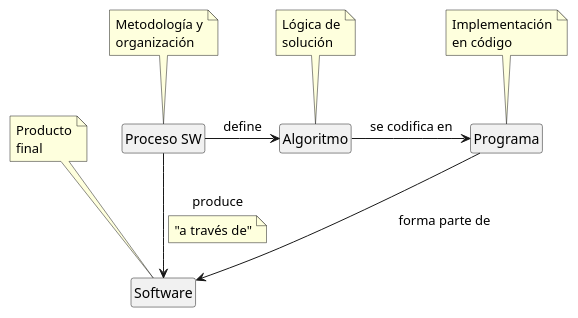
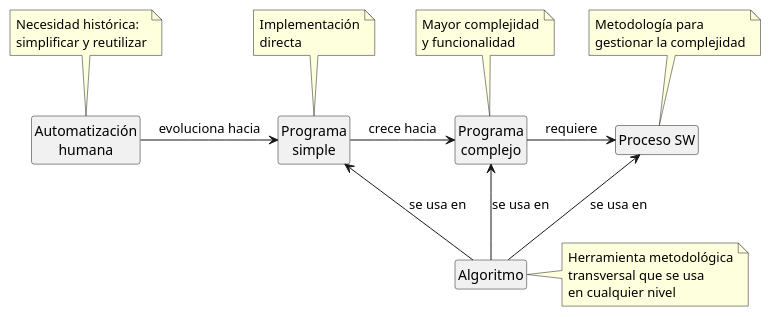
The diagram in modelosUML/herramientasDesarrollo.puml (mmasias/PRG1), drawn with PlantUML before and after one commit. The commit also changed 5 other files, not shown here.

```diff
--- a/modelosUML/herramientasDesarrollo.puml
+++ b/modelosUML/herramientasDesarrollo.puml
@@ -1,35 +1,43 @@
 hide members
 hide circle
 hide stereotypes
 
-class proceso as "Proceso SW"
+class automatizacion as "Automatización\nhumana"
+class programa as "Programa\nsimple"
+class programaComplejo as "Programa\ncomplejo"
+class procesoSW as "Proceso SW"
 class algoritmo as "Algoritmo"
-class programa as "Programa"
-class software as "Software"
 
-note top of proceso
-Metodología y
-organización
-end note
-
-note top of algoritmo
-Lógica de
-solución
+note top of automatizacion
+Necesidad histórica:
+simplificar y reutilizar
 end note
 
 note top of programa
 Implementación
-en código
+directa
 end note
 
-note top of software
-Producto
-final
+note top of programaComplejo
+Mayor complejidad
+y funcionalidad
 end note
 
-proceso -right-> algoritmo : "define"
-algoritmo -right-> programa : "se codifica en"
-programa -right-> software : "forma parte de"
+note top of procesoSW
+Metodología para
+gestionar la complejidad
+end note
 
-proceso -down-> software : "produce"
-note on link : "a través de"
+note right of algoritmo
+Herramienta metodológica
+transversal que se usa
+en cualquier nivel
+end note
+
+automatizacion -right-> programa : "evoluciona hacia"
+programa -right-> programaComplejo : "crece hacia"
+programaComplejo -right-> procesoSW : "requiere"
+
+algoritmo -up-> programa : "se usa en"
+algoritmo -up-> programaComplejo : "se usa en"
+algoritmo -up-> procesoSW : "se usa en"
```
